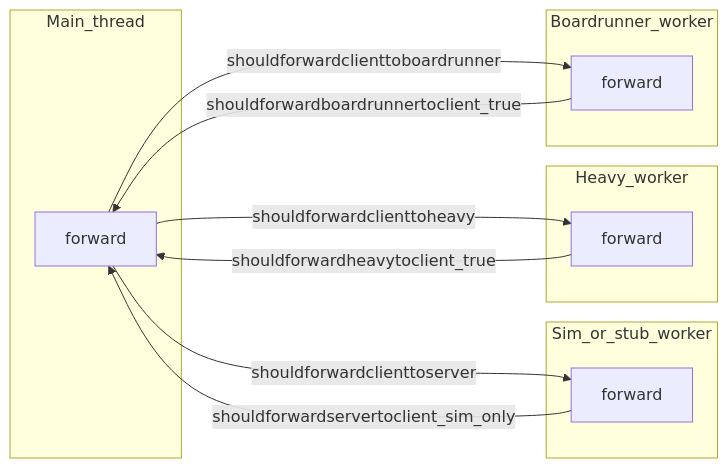
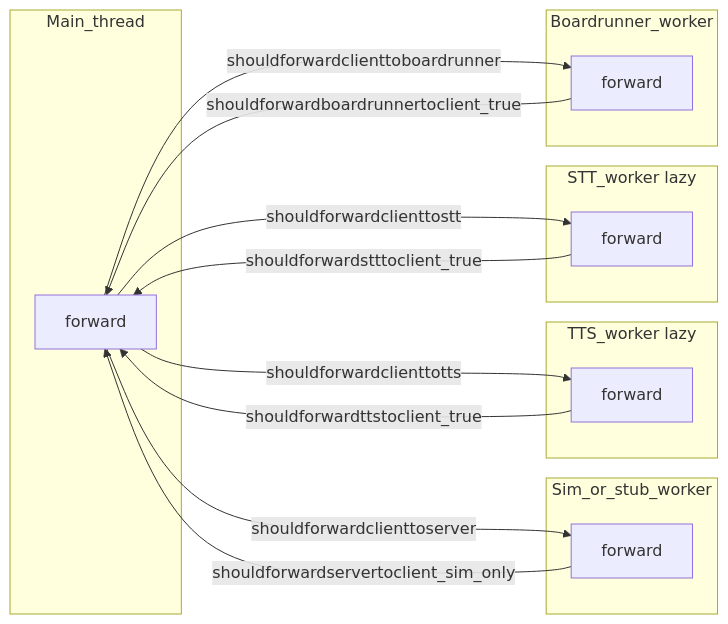
Before and after one commit to goldbuick/zed-software-system: the sixth of 7 diagrams in zss/device/docs/devices-and-messaging.md, drawn with Mermaid. The commit also changed other lines of this file and 21 other files, not shown here.

````diff
--- a/zss/device/docs/devices-and-messaging.md
+++ b/zss/device/docs/devices-and-messaging.md
@@ -391,21 +389,26 @@
 ```mermaid
 flowchart LR
   subgraph Main_thread [Main_thread]
     Fm[forward]
   end
   subgraph Sim_or_stub [Sim_or_stub_worker]
     Fs[forward]
   end
-  subgraph Heavy_worker [Heavy_worker]
-    Fh[forward]
+  subgraph TTS_worker [TTS_worker lazy]
+    Ft[forward]
+  end
+  subgraph STT_worker [STT_worker lazy]
+    Fs2[forward]
   end
   subgraph Boardrunner_worker [Boardrunner_worker]
     Fb[forward]
   end
   Fs -->|"shouldforwardservertoclient_sim_only"| Fm
   Fm -->|"shouldforwardclienttoserver"| Fs
-  Fm -->|"shouldforwardclienttoheavy"| Fh
-  Fh -->|"shouldforwardheavytoclient_true"| Fm
+  Fm -->|"shouldforwardclienttotts"| Ft
+  Ft -->|"shouldforwardttstoclient_true"| Fm
+  Fm -->|"shouldforwardclienttostt"| Fs2
+  Fs2 -->|"shouldforwardstttoclient_true"| Fm
   Fm -->|"shouldforwardclienttoboardrunner"| Fb
   Fb -->|"shouldforwardboardrunnertoclient_true"| Fm
 ```
````
